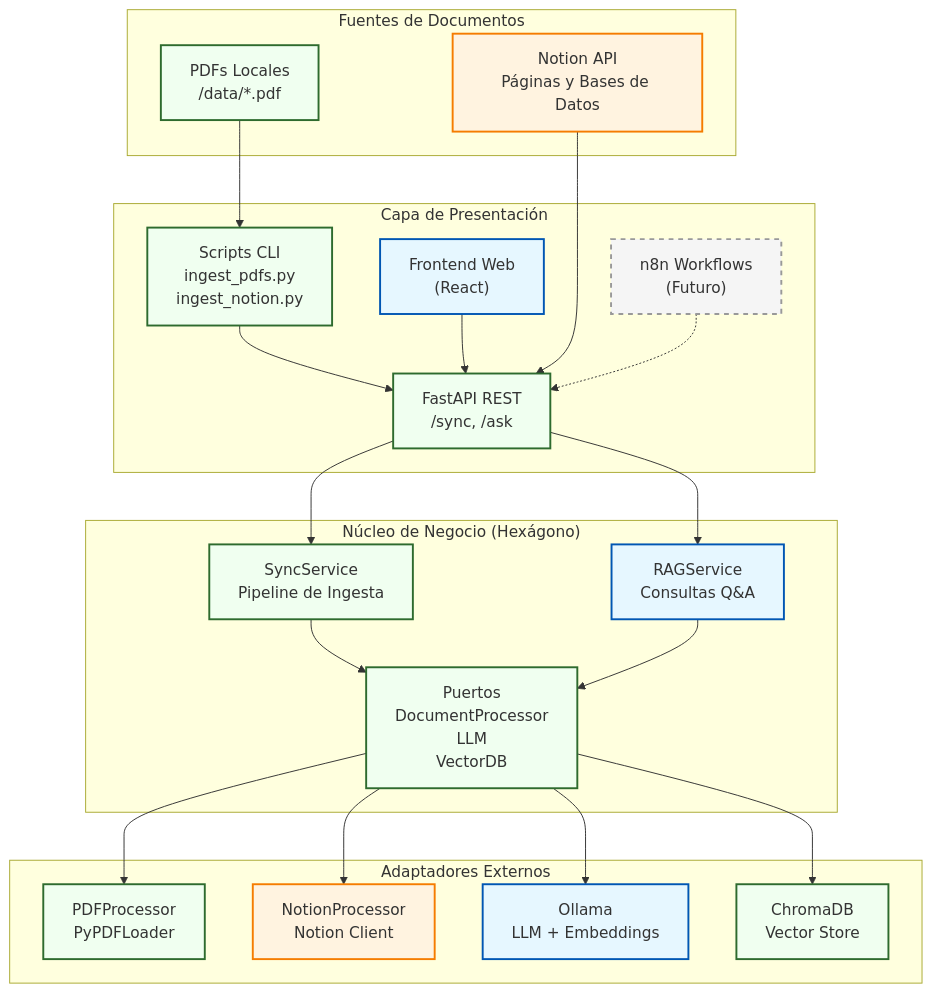
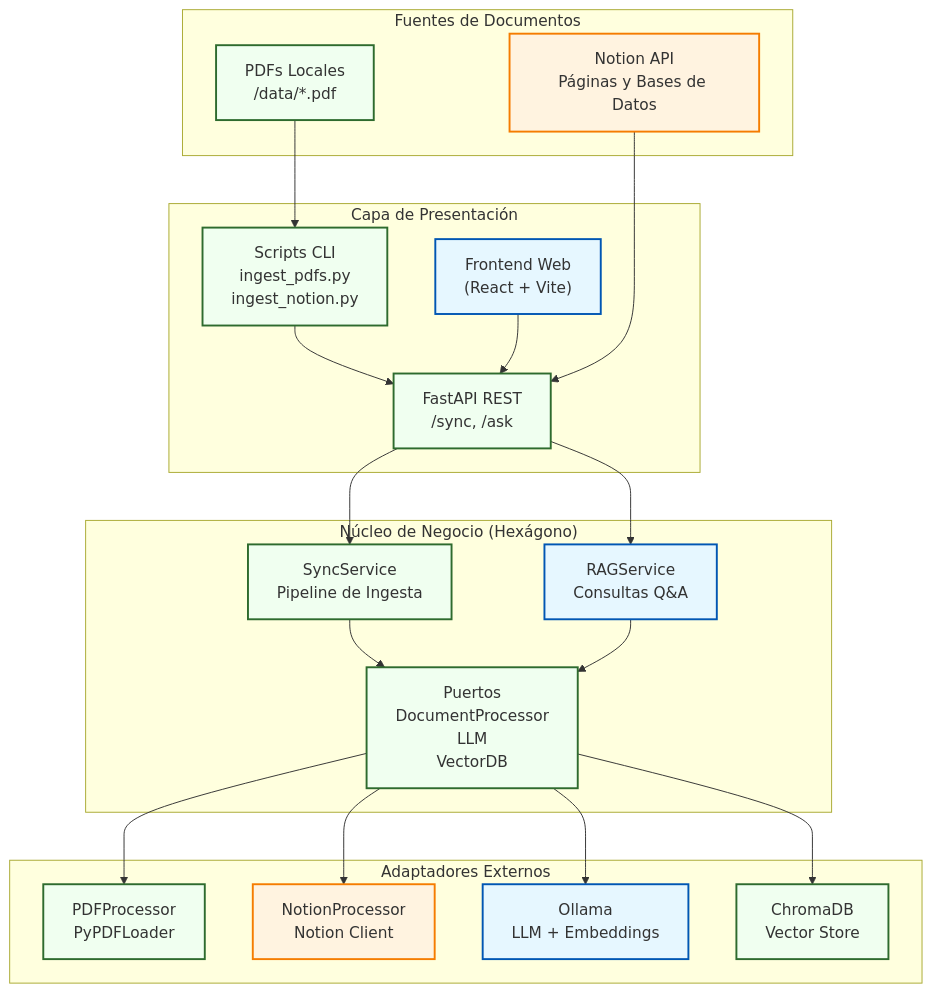
Before and after one commit to mrodespin/aibrarian: the first of 4 diagrams in README.md, drawn with Mermaid. The commit also changed other lines of this file and 52 other files, not shown here.

Commit message:
feat: added frontend with REACT & Tailwind to interact with RAG using a chatbot IA

````diff
--- a/README.md
+++ b/README.md
@@ -39,65 +38,60 @@
 ```mermaid
 graph TD
     %% --- Definiciones de Estilo ---
     classDef mvp fill:#f0fff0,stroke:#2e6b2e,stroke-width:2px;
     classDef phase1 fill:#e6f7ff,stroke:#0056b3,stroke-width:2px;
     classDef extension fill:#fff3e0,stroke:#f57c00,stroke-width:2px;
-    classDef future fill:#f5f5f5,stroke:#999,stroke-width:2px,stroke-dasharray: 5 5;
+    classDef frontend fill:#e6f7ff,stroke:#0056b3,stroke-width:2px;
 
     %% --- Fuentes de Datos ---
     subgraph "Fuentes de Documentos"
         PDFs["PDFs Locales<br>/data/*.pdf"]
         NotionAPI["Notion API<br>Páginas y Bases de Datos"]
     end
 
     %% --- Adaptadores de Entrada ---
     subgraph "Capa de Presentación"
         CLI["Scripts CLI<br>ingest_pdfs.py<br>ingest_notion.py"]
         API["FastAPI REST<br>/sync, /ask"]
-        UI["Frontend Web<br>(React)"]
-        N8N["n8n Workflows<br>(Futuro)"]
+        UI["Frontend Web<br>(React + Vite)"]
     end
 
     %% --- Núcleo Hexagonal ---
     subgraph "Núcleo de Negocio (Hexágono)"
         SyncService["SyncService<br>Pipeline de Ingesta"]
         RAGService["RAGService<br>Consultas Q&A"]
         Ports["Puertos<br>DocumentProcessor<br>LLM<br>VectorDB"]
     end
 
     %% --- Adaptadores de Salida ---
     subgraph "Adaptadores Externos"
         PDFAdapter["PDFProcessor<br>PyPDFLoader"]
         NotionAdapter["NotionProcessor<br>Notion Client"]
         OllamaAdapter["Ollama<br>LLM + Embeddings"]
         ChromaAdapter["ChromaDB<br>Vector Store"]
     end
 
     %% --- Conexiones MVP (Verde) ---
     PDFs --> CLI
     CLI --> API
     API --> SyncService
     SyncService --> Ports
     Ports --> PDFAdapter
     Ports --> OllamaAdapter
     Ports --> ChromaAdapter
 
     %% --- Conexiones Fase 1 (Azul) ---
     UI --> API
     API --> RAGService
     RAGService --> Ports
 
     %% --- Conexiones Extensión (Naranja) ---
     NotionAPI --> API
     Ports --> NotionAdapter
 
-    %% --- Conexiones Futuro (Gris) ---
-    N8N -.-> API
-
     %% --- Asignación de Clases ---
     class PDFs,CLI,SyncService,PDFAdapter,ChromaAdapter mvp
     class UI,RAGService,OllamaAdapter phase1
     class NotionAPI,NotionAdapter extension
-    class N8N future
     class API,Ports mvp
 ```
````
